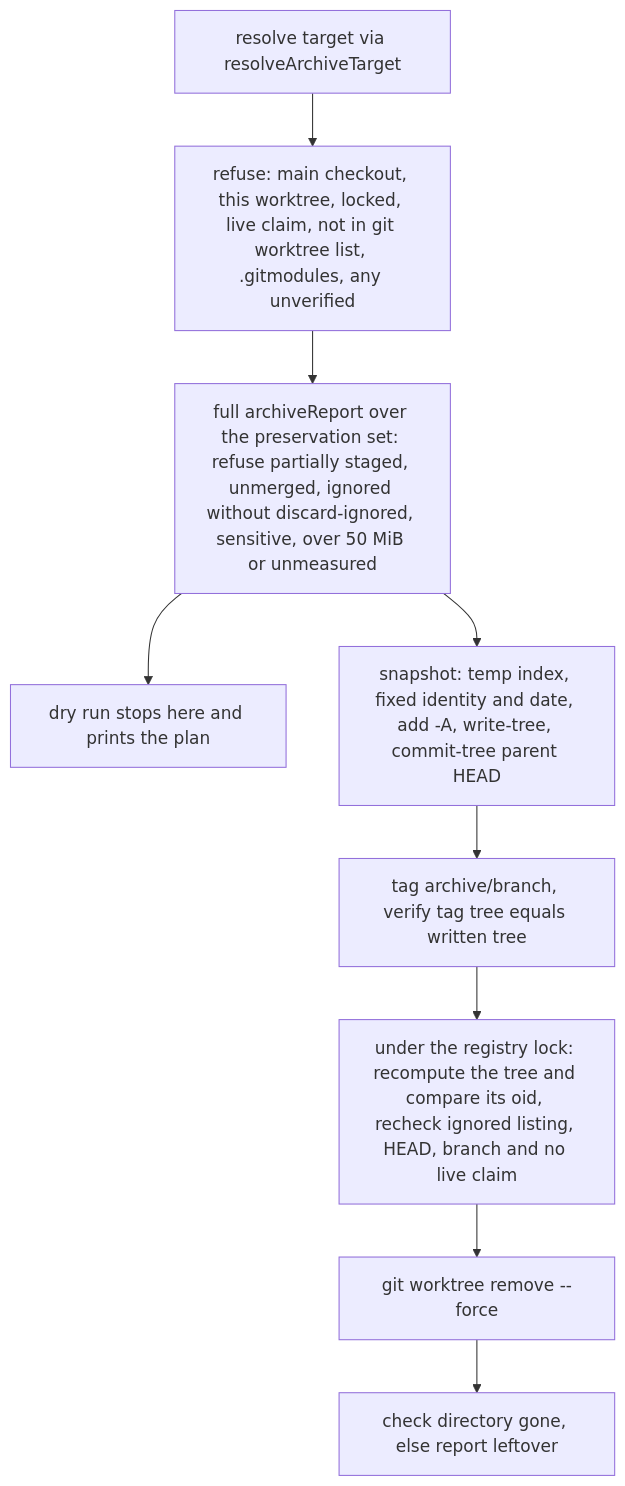
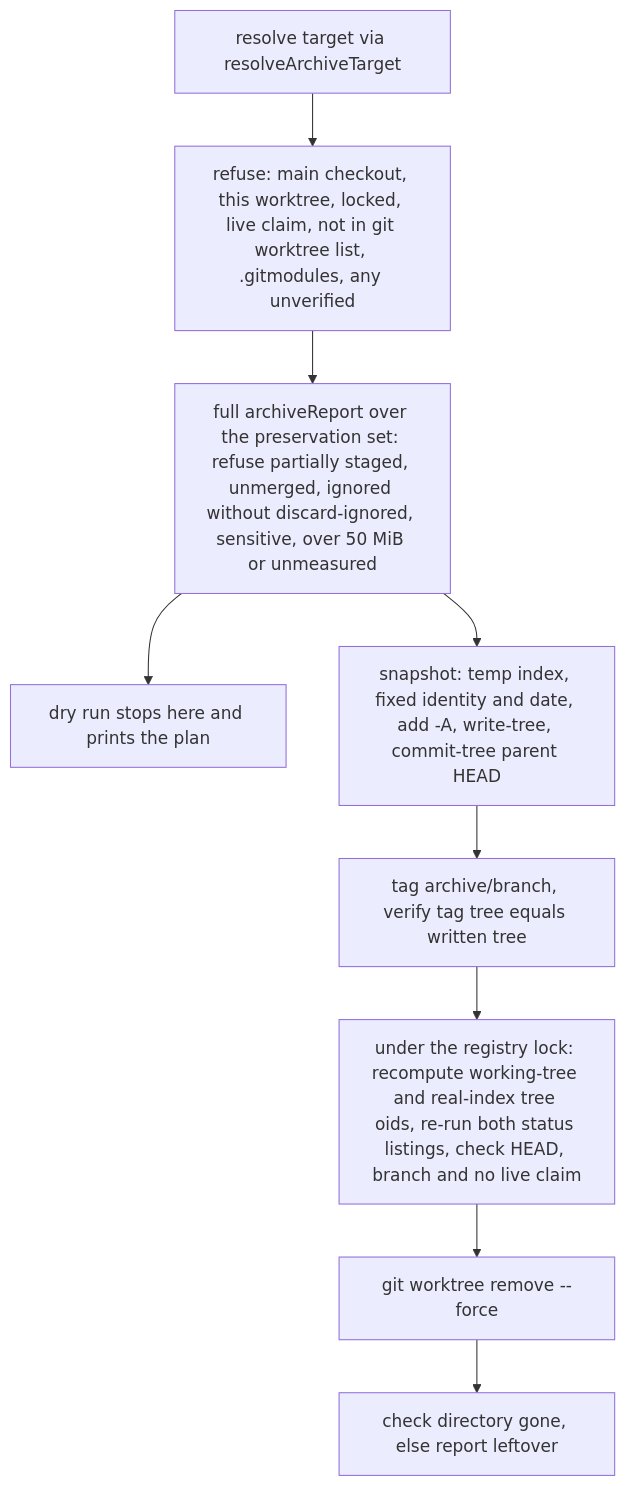
One commit to Lbstrydom/claude-engineering-skills changed the second of 2 diagrams in docs/plans/fleet-unclaimed-work-and-switch-friction.md. Above: the diagram before and after it, drawn with Mermaid. The commit also changed other lines of this file, not shown here.

Commit message:
plan: audit round 4 fix (revalidation compares the real index as well as the working tree) and audit-trail note

````diff
--- a/docs/plans/fleet-unclaimed-work-and-switch-friction.md
+++ b/docs/plans/fleet-unclaimed-work-and-switch-friction.md
@@ -167,11 +167,11 @@
 ```mermaid
 graph TD
   A["resolve target via resolveArchiveTarget"] --> B["refuse: main checkout, this worktree, locked, live claim, not in git worktree list, .gitmodules, any unverified"]
   B --> C["full archiveReport over the preservation set: refuse partially staged, unmerged, ignored without discard-ignored, sensitive, over 50 MiB or unmeasured"]
   C --> D["dry run stops here and prints the plan"]
   C --> E["snapshot: temp index, fixed identity and date, add -A, write-tree, commit-tree parent HEAD"]
   E --> F["tag archive/branch, verify tag tree equals written tree"]
-  F --> G["under the registry lock: recompute the tree and compare its oid, recheck ignored listing, HEAD, branch and no live claim"]
+  F --> G["under the registry lock: recompute working-tree and real-index tree oids, re-run both status listings, check HEAD, branch and no live claim"]
   G --> H["git worktree remove --force"]
   H --> I["check directory gone, else report leftover"]
 ```
````
